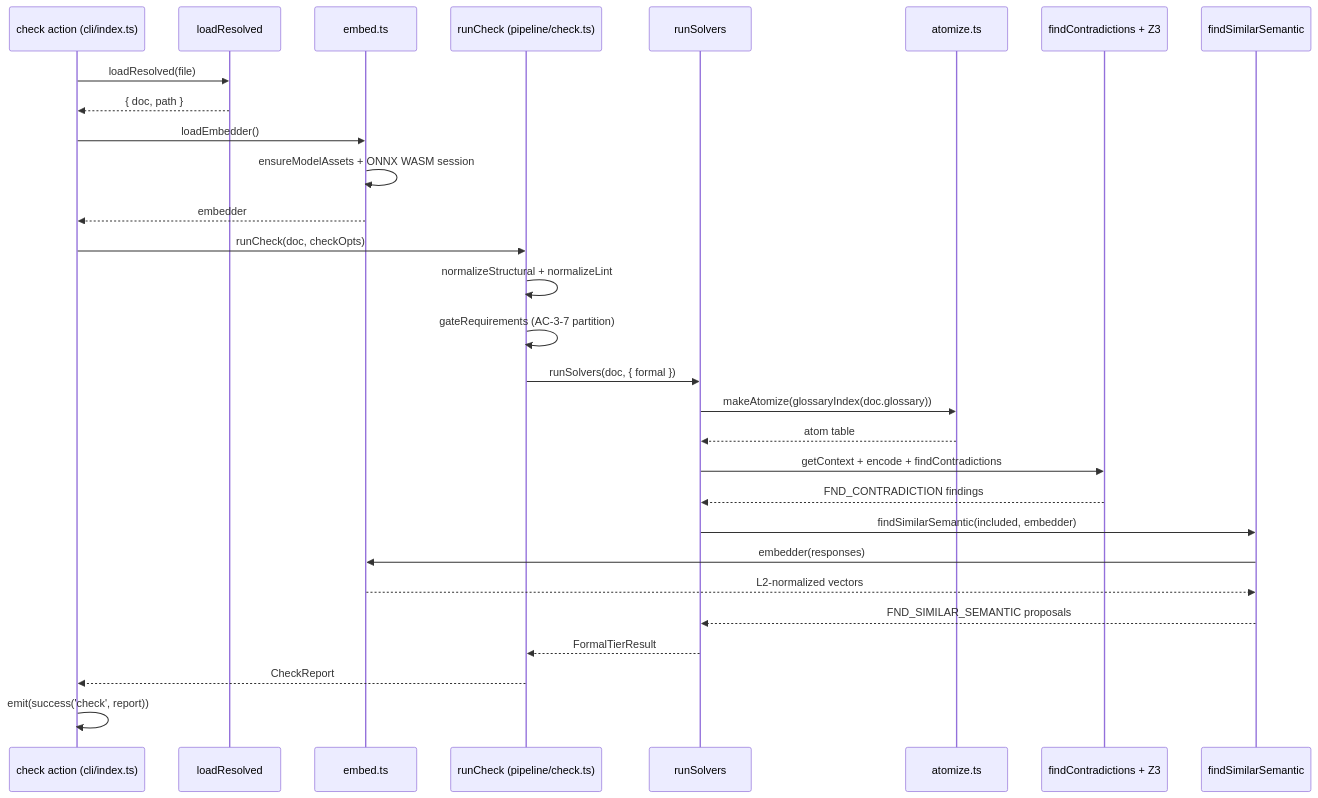
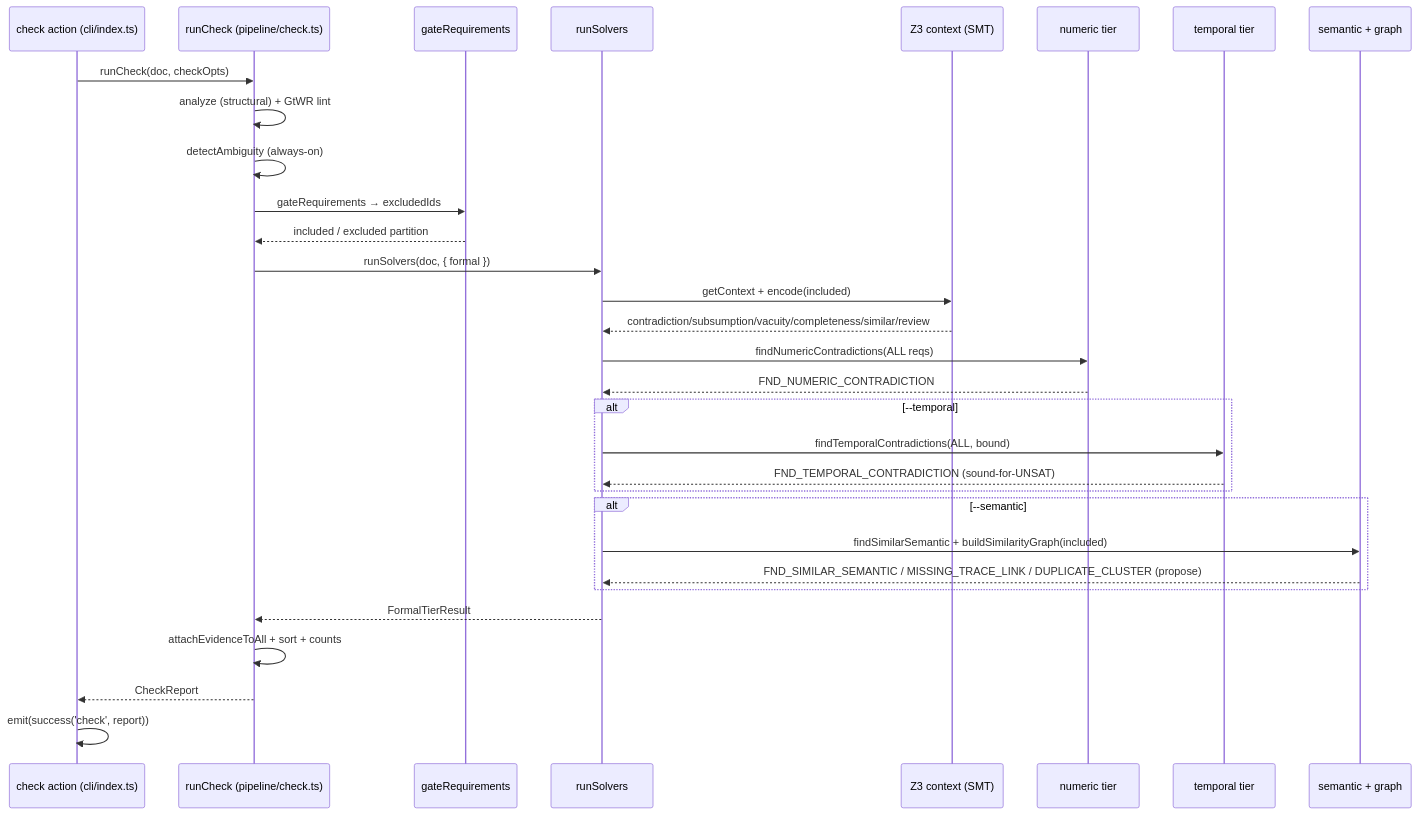
One commit to theagenticguy/symspec changed the first of 3 diagrams in docs/diagrams/behavioral/sequences.md. Above: the diagram before and after it, drawn with Mermaid. The commit also changed other lines of this file and 19 other files, not shown here.

````diff
--- a/docs/diagrams/behavioral/sequences.md
+++ b/docs/diagrams/behavioral/sequences.md
@@ -7,31 +7,33 @@
 ```mermaid
 sequenceDiagram
     participant CLI as check action (cli/index.ts)
-    participant Load as loadResolved
-    participant Embed as embed.ts
     participant Pipe as runCheck (pipeline/check.ts)
+    participant Gate as gateRequirements
     participant Solv as runSolvers
-    participant Atom as atomize.ts
-    participant Z3 as findContradictions + Z3
-    participant Sem as findSimilarSemantic
-    CLI->>Load: loadResolved(file)
-    Load-->>CLI: { doc, path }
-    CLI->>Embed: loadEmbedder()
-    Embed->>Embed: ensureModelAssets + ONNX WASM session
-    Embed-->>CLI: embedder
+    participant Z3 as Z3 context (SMT)
+    participant Num as numeric tier
+    participant Tmp as temporal tier
+    participant Sem as semantic + graph
     CLI->>Pipe: runCheck(doc, checkOpts)
-    Pipe->>Pipe: normalizeStructural + normalizeLint
-    Pipe->>Pipe: gateRequirements (AC-3-7 partition)
+    Pipe->>Pipe: analyze (structural) + GtWR lint
+    Pipe->>Pipe: detectAmbiguity (always-on)
+    Pipe->>Gate: gateRequirements → excludedIds
+    Gate-->>Pipe: included / excluded partition
     Pipe->>Solv: runSolvers(doc, { formal })
-    Solv->>Atom: makeAtomize(glossaryIndex(doc.glossary))
-    Atom-->>Solv: atom table
-    Solv->>Z3: getContext + encode + findContradictions
-    Z3-->>Solv: FND_CONTRADICTION findings
-    Solv->>Sem: findSimilarSemantic(included, embedder)
-    Sem->>Embed: embedder(responses)
-    Embed-->>Sem: L2-normalized vectors
-    Sem-->>Solv: FND_SIMILAR_SEMANTIC proposals
+    Solv->>Z3: getContext + encode(included)
+    Z3-->>Solv: contradiction/subsumption/vacuity/completeness/similar/review
+    Solv->>Num: findNumericContradictions(ALL reqs)
+    Num-->>Solv: FND_NUMERIC_CONTRADICTION
+    alt --temporal
+        Solv->>Tmp: findTemporalContradictions(ALL, bound)
+        Tmp-->>Solv: FND_TEMPORAL_CONTRADICTION (sound-for-UNSAT)
+    end
+    alt --semantic
+        Solv->>Sem: findSimilarSemantic + buildSimilarityGraph(included)
+        Sem-->>Solv: FND_SIMILAR_SEMANTIC / MISSING_TRACE_LINK / DUPLICATE_CLUSTER (propose)
+    end
     Solv-->>Pipe: FormalTierResult
+    Pipe->>Pipe: attachEvidenceToAll + sort + counts
     Pipe-->>CLI: CheckReport
     CLI->>CLI: emit(success('check', report))
 ```
````
